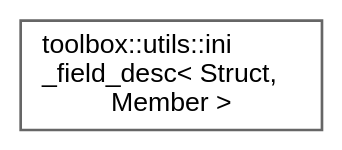
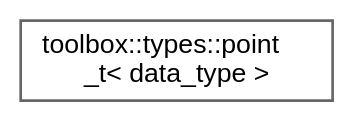
Before and after one commit to nerdneilsfield/cpp-toolbox: the diagram in inherit_graph_105.dot, drawn with Graphviz. The commit also changed 527 other files, not shown here.

```diff
--- a/inherit_graph_105.dot
+++ b/inherit_graph_105.dot
@@ -1,9 +1,9 @@
 digraph "Graphical Class Hierarchy"
 {
  // LATEX_PDF_SIZE
   bgcolor="transparent";
   edge [fontname=Helvetica,fontsize=10,labelfontname=Helvetica,labelfontsize=10];
   node [fontname=Helvetica,fontsize=10,shape=box,height=0.2,width=0.4];
   rankdir="LR";
-  Node0 [id="Node000000",label="toolbox::utils::ini\l_field_desc\< Struct,\l Member \>",height=0.2,width=0.4,color="grey40", fillcolor="white", style="filled",URL="$structtoolbox_1_1utils_1_1ini__field__desc.html",tooltip=" "];
+  Node0 [id="Node000000",label="toolbox::types::point\l_t\< data_type \>",height=0.2,width=0.4,color="grey40", fillcolor="white", style="filled",URL="$structtoolbox_1_1types_1_1point__t.html",tooltip=" "];
 }
```
